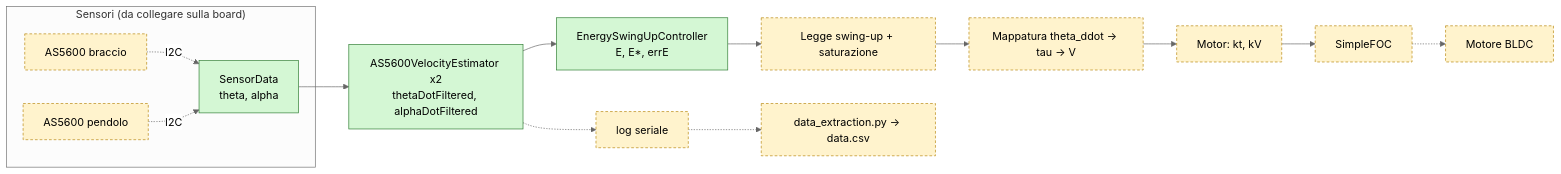
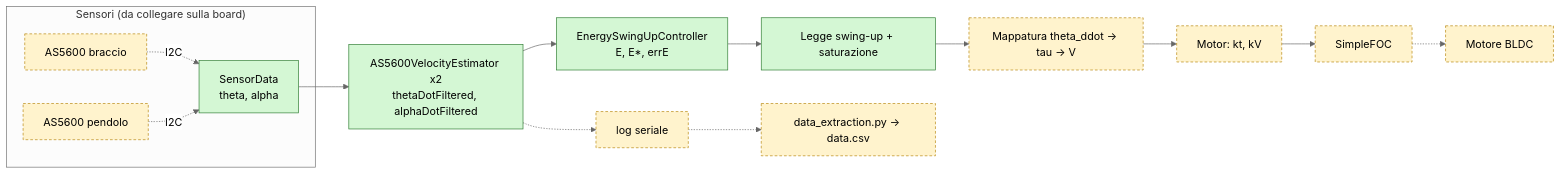
Before and after one commit to PippoluMatt/Pendulum: the diagram in README.md, drawn with Mermaid (neutral theme). The commit also changed other lines of this file and 9 other files, not shown here.

````diff
--- a/README.md
+++ b/README.md
@@ -444,21 +445,21 @@
 ```mermaid
 flowchart LR
     subgraph SENSORI["Sensori (da collegare sulla board)"]
         A1["AS5600 braccio"] -.->|I2C| SD
         A2["AS5600 pendolo"] -.->|I2C| SD
     end
     SD["SensorData<br/>theta, alpha"]
     SD --> EST["AS5600VelocityEstimator x2<br/>thetaDotFiltered, alphaDotFiltered"]
     EST --> CTRL["EnergySwingUpController<br/>E, E*, errE"]
     CTRL --> LAW["Legge swing-up + saturazione"]
     LAW --> MAP["Mappatura theta_ddot → tau → V"]
     MAP --> MOT["Motor: kt, kV"]
     MOT --> SF["SimpleFOC"] -.-> BLDC["Motore BLDC"]
     EST -.-> LOG["log seriale"]
     LOG -.-> CSV["data_extraction.py → data.csv"]
 
     classDef impl fill:#d4f7d4,stroke:#2e7d32;
     classDef todo fill:#fff3cd,stroke:#b8860b,stroke-dasharray: 4 3;
-    class SD,EST,CTRL impl;
-    class LAW,MAP,MOT,SF,BLDC,A1,A2,LOG,CSV todo;
+    class SD,EST,CTRL,LAW impl;
+    class MAP,MOT,SF,BLDC,A1,A2,LOG,CSV todo;
 ```
````
